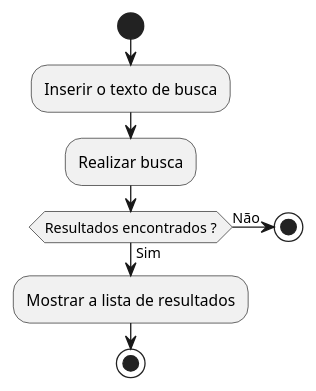
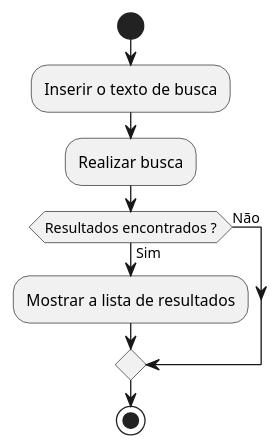
One commit to victoralvess/ineed-uml-diagrams changed the diagram in activity/realizar-buscas.wsd. Above: the diagram before and after it, drawn with PlantUML. The commit also changed 34 other files, not shown here.

```diff
--- a/activity/realizar-buscas.wsd
+++ b/activity/realizar-buscas.wsd
@@ -1,11 +1,10 @@
 @startuml
 start
 :Inserir o texto de busca;
 :Realizar busca;
 if (Resultados encontrados ?) then (Sim)
     :Mostrar a lista de resultados;
-    else (Não)
-    stop
+else (Não)
 endif
 stop
 @enduml
```
